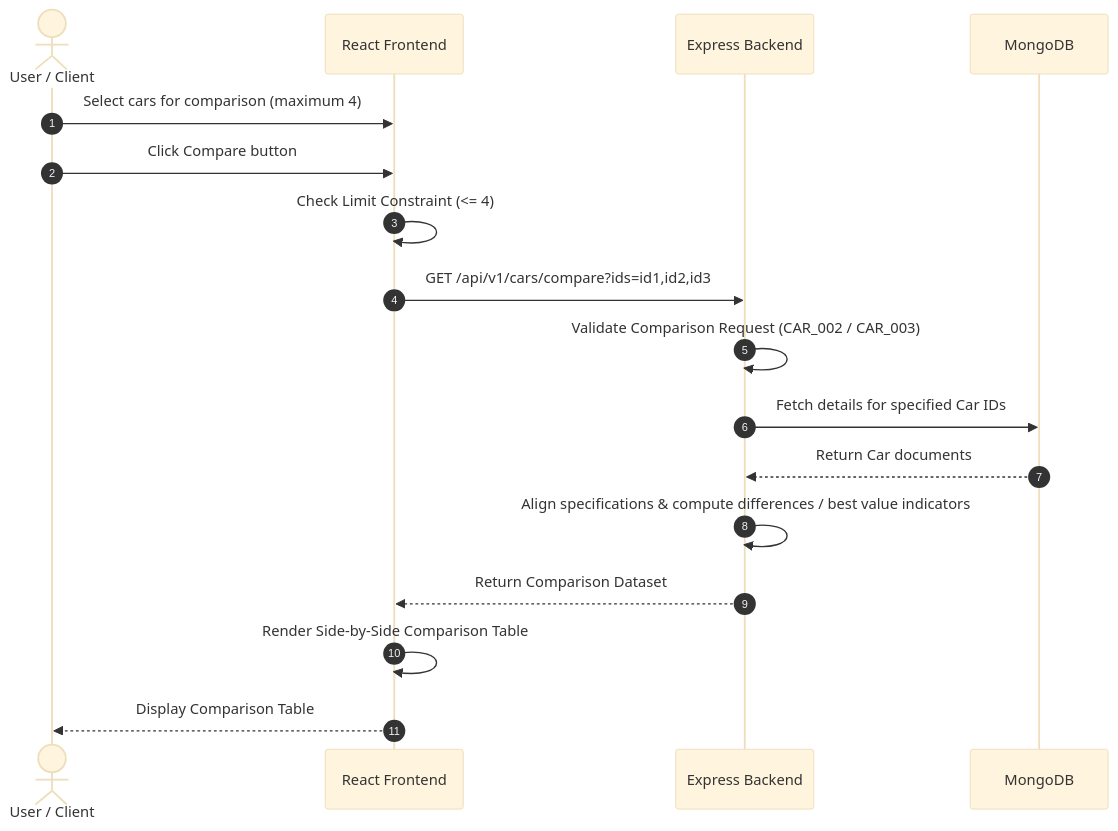
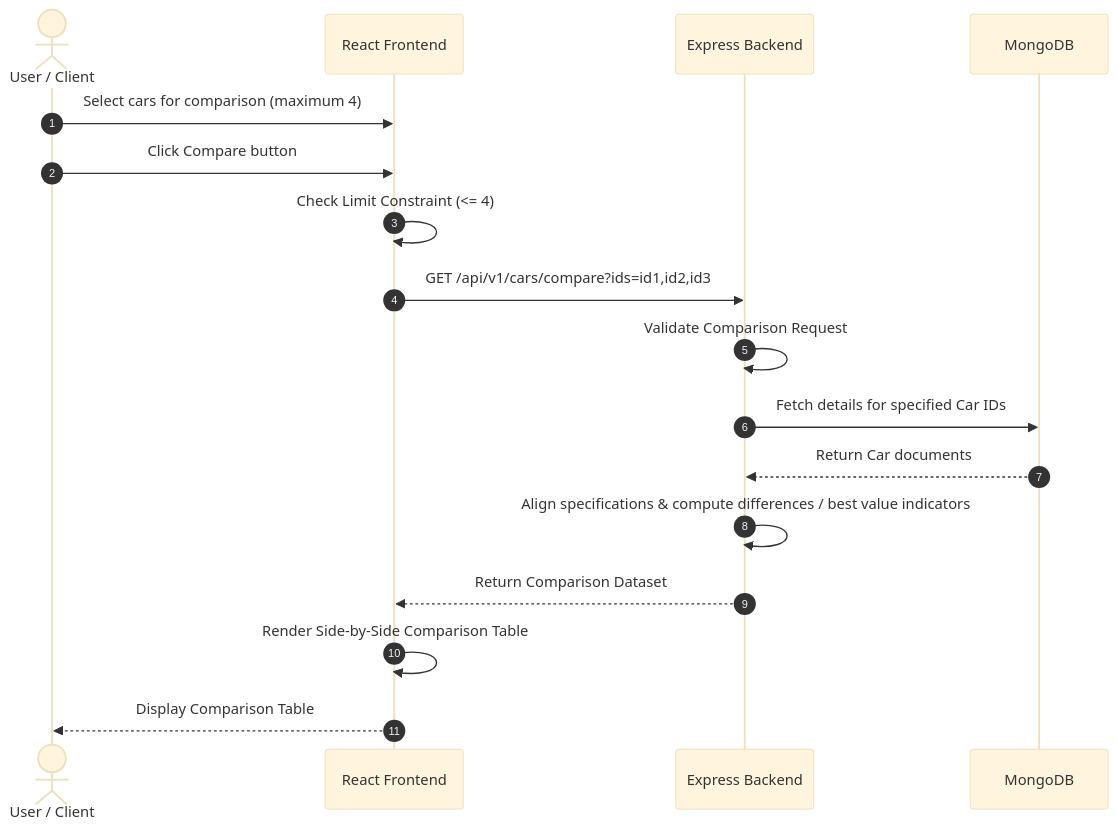
Before and after one commit to ShankarSwarup/cardekho_assignment: the sixth of 10 diagrams in README.md, drawn with Mermaid (base theme). The commit also changed other lines of this file and 63 other files, not shown here.

````diff
--- a/README.md
+++ b/README.md
@@ -209,20 +217,20 @@
 ```mermaid
 sequenceDiagram
     autonumber
     actor User as User / Client
     participant FE as React Frontend
     participant BE as Express Backend
     participant DB as MongoDB
     
     User->>FE: Select cars for comparison (maximum 4)
     User->>FE: Click Compare button
     FE->>FE: Check Limit Constraint (<= 4)
     FE->>BE: GET /api/v1/cars/compare?ids=id1,id2,id3
-    BE->>BE: Validate Comparison Request (CAR_002 / CAR_003)
+    BE->>BE: Validate Comparison Request
     BE->>DB: Fetch details for specified Car IDs
     DB-->>BE: Return Car documents
     BE->>BE: Align specifications & compute differences / best value indicators
     BE-->>FE: Return Comparison Dataset
     FE->>FE: Render Side-by-Side Comparison Table
     FE-->>User: Display Comparison Table
 ```
````
